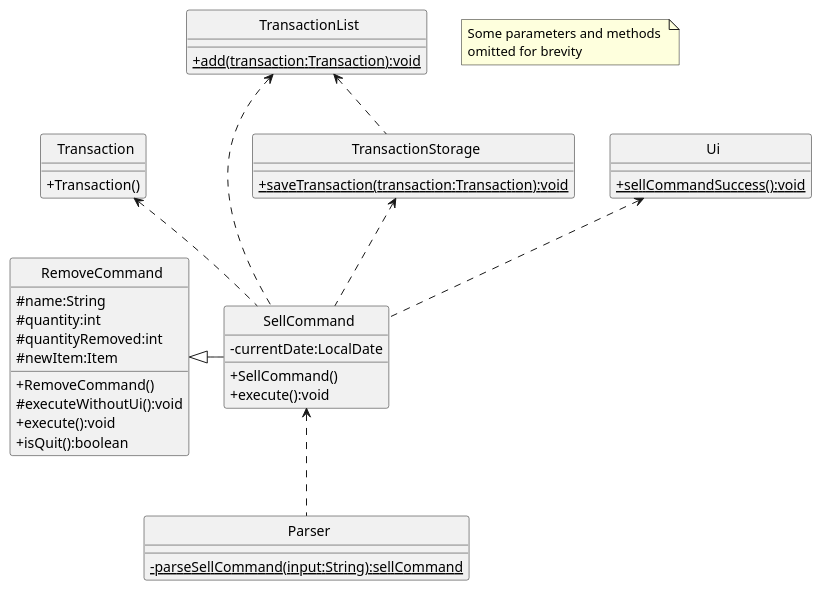
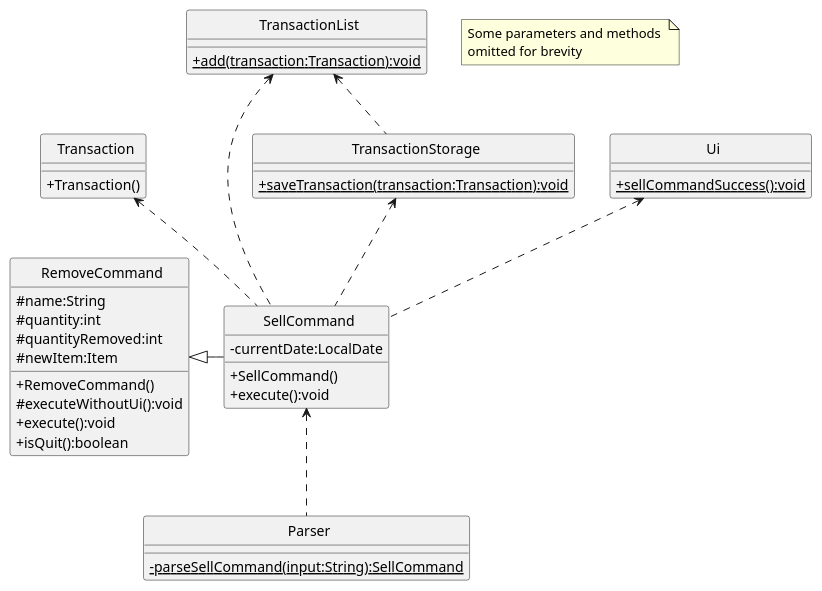
Before and after one commit to rismm/tp: the first of 2 diagrams in docs/uml-diagrams/SellCommand.puml, drawn with PlantUML. The commit also changed 5 other files, not shown here.

Commit message:
Fix UML diagrams

```diff
--- a/docs/uml-diagrams/SellCommand.puml
+++ b/docs/uml-diagrams/SellCommand.puml
@@ -1,62 +1,62 @@
 @startuml
 'https://plantuml.com/class-diagram
 skinparam classAttributeIconSize 0
 skinparam CircledCharacterFontSize 0
 skinparam CircledCharacterRadius 0
 
 class RemoveCommand
 class SellCommand
 class Parser
 class Transaction
 class TransactionList
 class TransactionStorage
 class Ui
 
 RemoveCommand <|- SellCommand
 Transaction <.. SellCommand
 Ui <.. SellCommand
 TransactionList <.. SellCommand
 SellCommand <.. Parser
 TransactionStorage <.. SellCommand
 TransactionList <.. TransactionStorage
 
 class RemoveCommand {
     #name:String
     #quantity:int
     #quantityRemoved:int
     #newItem:Item
     +RemoveCommand()
     #executeWithoutUi():void
     +execute():void
     +isQuit():boolean
 }
 
 class SellCommand {
     -currentDate:LocalDate
     +SellCommand()
     +execute():void
 }
 
 class Transaction {
     +Transaction()
 }
 
 class TransactionList {
     {static}+add(transaction:Transaction):void
 }
 
 class Ui {
     {static}+sellCommandSuccess():void
 }
 
 class Parser {
-    {static}-parseSellCommand(input:String):sellCommand
+    {static}-parseSellCommand(input:String):SellCommand
 }
 
 class TransactionStorage {
     {static}+saveTransaction(transaction:Transaction):void
 }
 
 note "Some parameters and methods \nomitted for brevity" as n1
 
 @enduml
```
